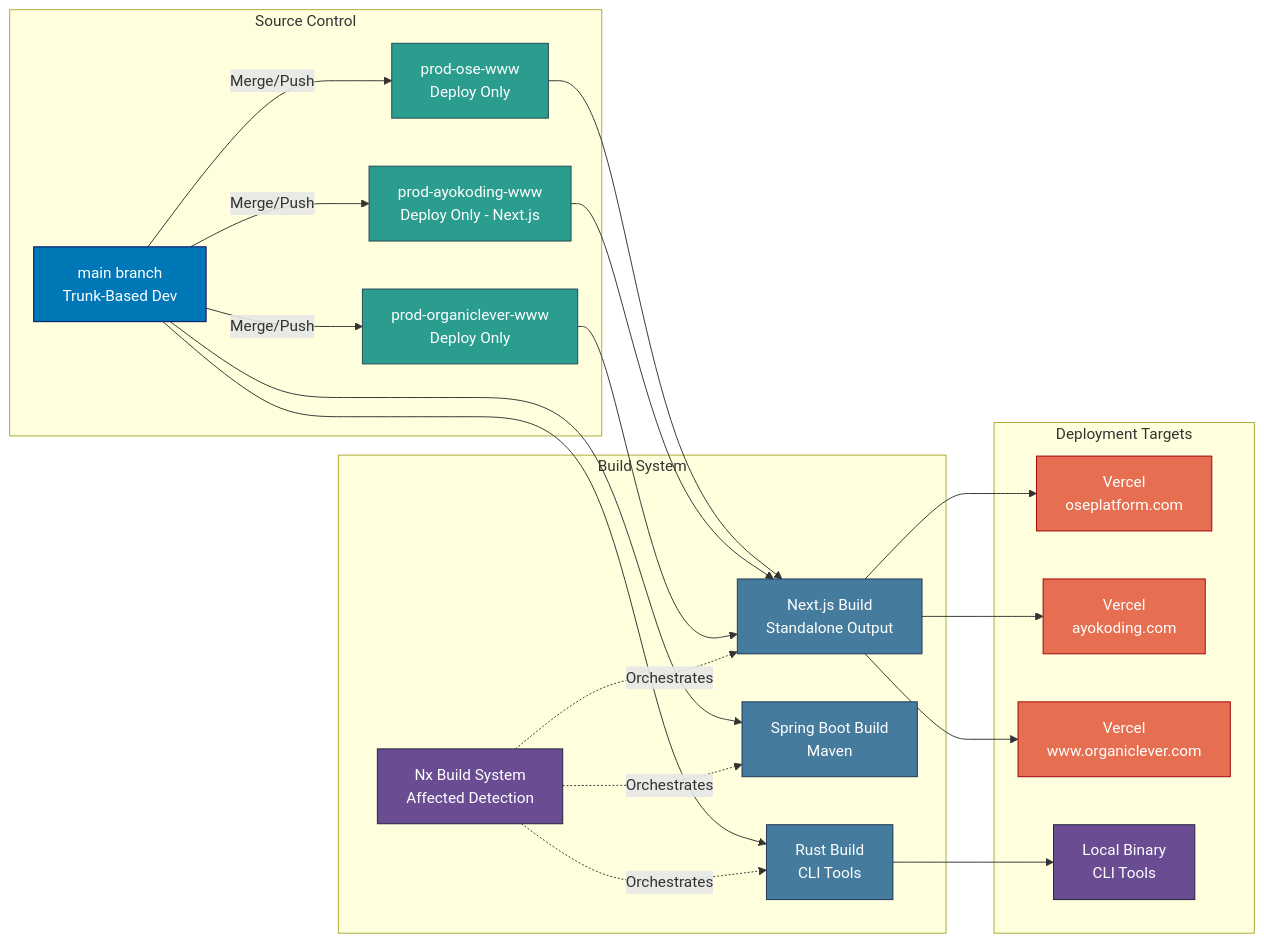
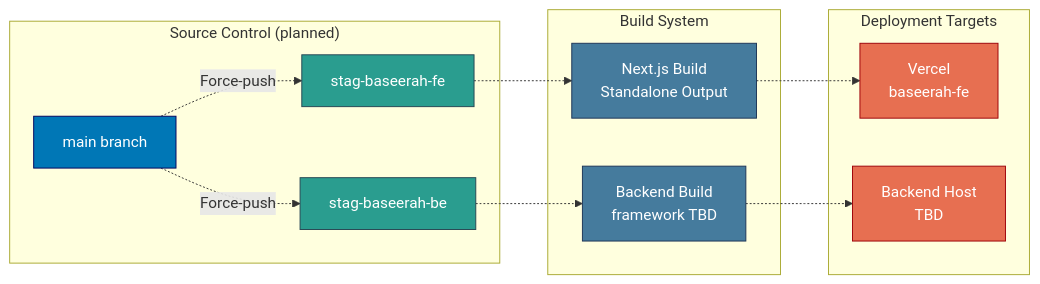
One commit to wahidyankf/baseerah changed the second of 2 diagrams in docs/reference/system-architecture/deployment.md. Above: the diagram before and after it, drawn with Mermaid. The commit also changed other lines of this file and 2059 other files, not shown here.

````diff
--- a/docs/reference/system-architecture/deployment.md
+++ b/docs/reference/system-architecture/deployment.md
@@ -18,55 +55,33 @@
 ```mermaid
 graph LR
-    subgraph "Source Control"
-        MAIN[main branch<br/>Trunk-Based Dev]
-        PROD_OSE[prod-ose-www<br/>Deploy Only]
-        PROD_AYO[prod-ayokoding-www<br/>Deploy Only - Next.js]
-        PROD_OL[prod-organiclever-www<br/>Deploy Only]
+    subgraph "Source Control (planned)"
+        MAIN2[main branch]
+        STAG_FE[stag-baseerah-fe]
+        STAG_BE[stag-baseerah-be]
     end
 
     subgraph "Build System"
-        NX_BUILD[Nx Build System<br/>Affected Detection]
         NEXT_BUILD[Next.js Build<br/>Standalone Output]
-        SPRING_BUILD[Spring Boot Build<br/>Maven]
-        RUST_BUILD[Rust Build<br/>CLI Tools]
+        BE_BUILD[Backend Build<br/>framework TBD]
     end
 
     subgraph "Deployment Targets"
-        VERCEL_OSE[Vercel<br/>oseplatform.com]
-        VERCEL_AYO[Vercel<br/>ayokoding.com]
-        VERCEL_OL[Vercel<br/>www.organiclever.com]
-        LOCAL[Local Binary<br/>CLI Tools]
+        VERCEL_FE[Vercel<br/>baseerah-fe]
+        BE_TARGET[Backend Host<br/>TBD]
     end
 
-    MAIN -->|Merge/Push| PROD_OSE
-    MAIN -->|Merge/Push| PROD_AYO
-    MAIN -->|Merge/Push| PROD_OL
+    MAIN2 -.->|Force-push| STAG_FE
+    MAIN2 -.->|Force-push| STAG_BE
+    STAG_FE -.-> NEXT_BUILD
+    STAG_BE -.-> BE_BUILD
+    NEXT_BUILD -.-> VERCEL_FE
+    BE_BUILD -.-> BE_TARGET
 
-    PROD_OSE --> NEXT_BUILD
-    PROD_AYO --> NEXT_BUILD
-    PROD_OL --> NEXT_BUILD
-    MAIN --> RUST_BUILD
-    MAIN --> SPRING_BUILD
-
-    NEXT_BUILD --> VERCEL_OSE
-    NEXT_BUILD --> VERCEL_AYO
-    NEXT_BUILD --> VERCEL_OL
-    RUST_BUILD --> LOCAL
-
-    NX_BUILD -.->|Orchestrates| NEXT_BUILD
-    NX_BUILD -.->|Orchestrates| SPRING_BUILD
-    NX_BUILD -.->|Orchestrates| RUST_BUILD
-
-    style MAIN fill:#0077b6,stroke:#03045e,color:#ffffff
-    style PROD_OSE fill:#2a9d8f,stroke:#264653,color:#ffffff
-    style PROD_AYO fill:#2a9d8f,stroke:#264653,color:#ffffff
-    style PROD_OL fill:#2a9d8f,stroke:#264653,color:#ffffff
-    style NX_BUILD fill:#6a4c93,stroke:#22223b,color:#ffffff
+    style MAIN2 fill:#0077b6,stroke:#03045e,color:#ffffff
+    style STAG_FE fill:#2a9d8f,stroke:#264653,color:#ffffff
+    style STAG_BE fill:#2a9d8f,stroke:#264653,color:#ffffff
     style NEXT_BUILD fill:#457b9d,stroke:#1d3557,color:#ffffff
-    style SPRING_BUILD fill:#457b9d,stroke:#1d3557,color:#ffffff
-    style RUST_BUILD fill:#457b9d,stroke:#1d3557,color:#ffffff
-    style VERCEL_OSE fill:#e76f51,stroke:#9d0208,color:#ffffff
-    style VERCEL_AYO fill:#e76f51,stroke:#9d0208,color:#ffffff
-    style VERCEL_OL fill:#e76f51,stroke:#9d0208,color:#ffffff
-    style LOCAL fill:#6a4c93,stroke:#22223b,color:#ffffff
+    style BE_BUILD fill:#457b9d,stroke:#1d3557,color:#ffffff
+    style VERCEL_FE fill:#e76f51,stroke:#9d0208,color:#ffffff
+    style BE_TARGET fill:#e76f51,stroke:#9d0208,color:#ffffff
 ```
````
